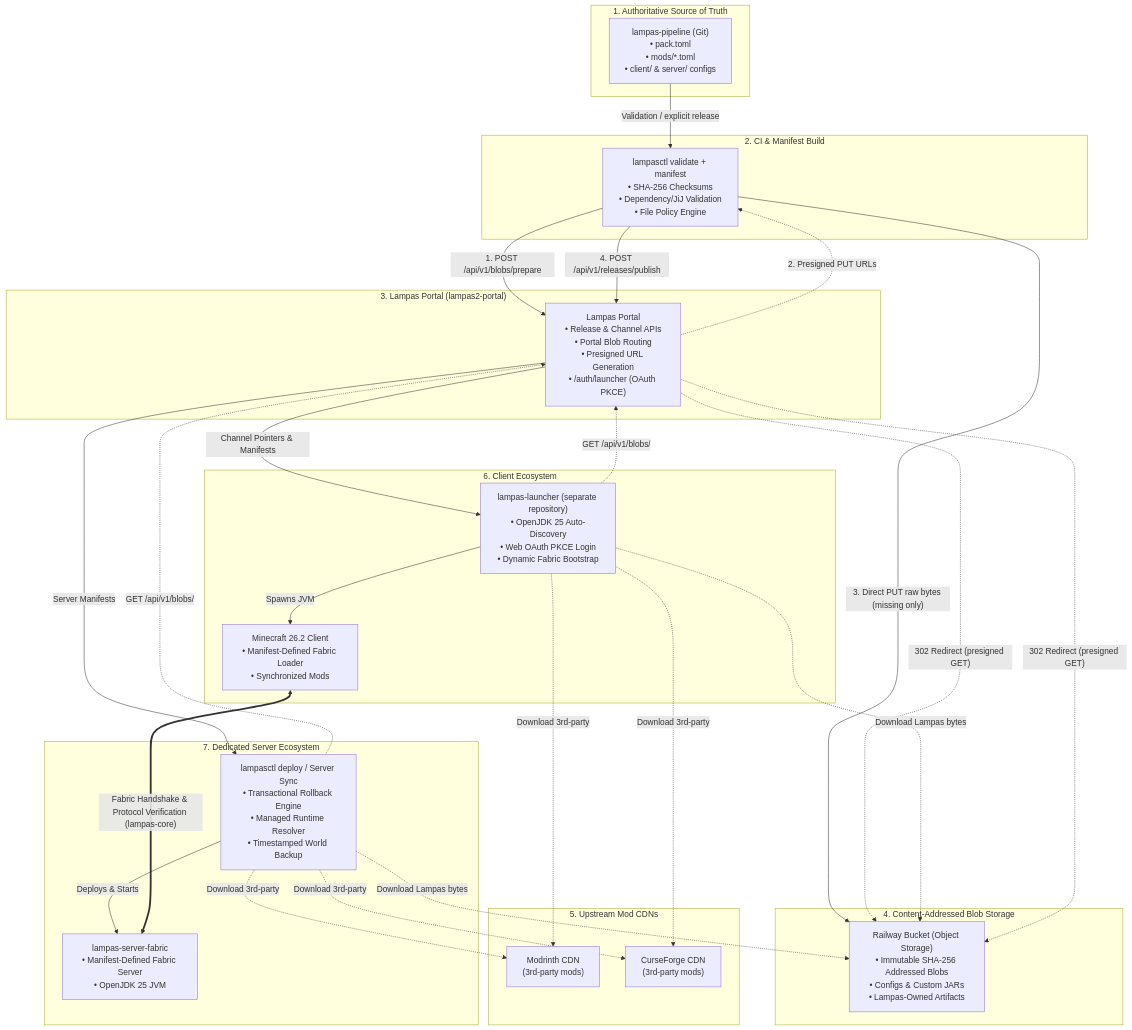
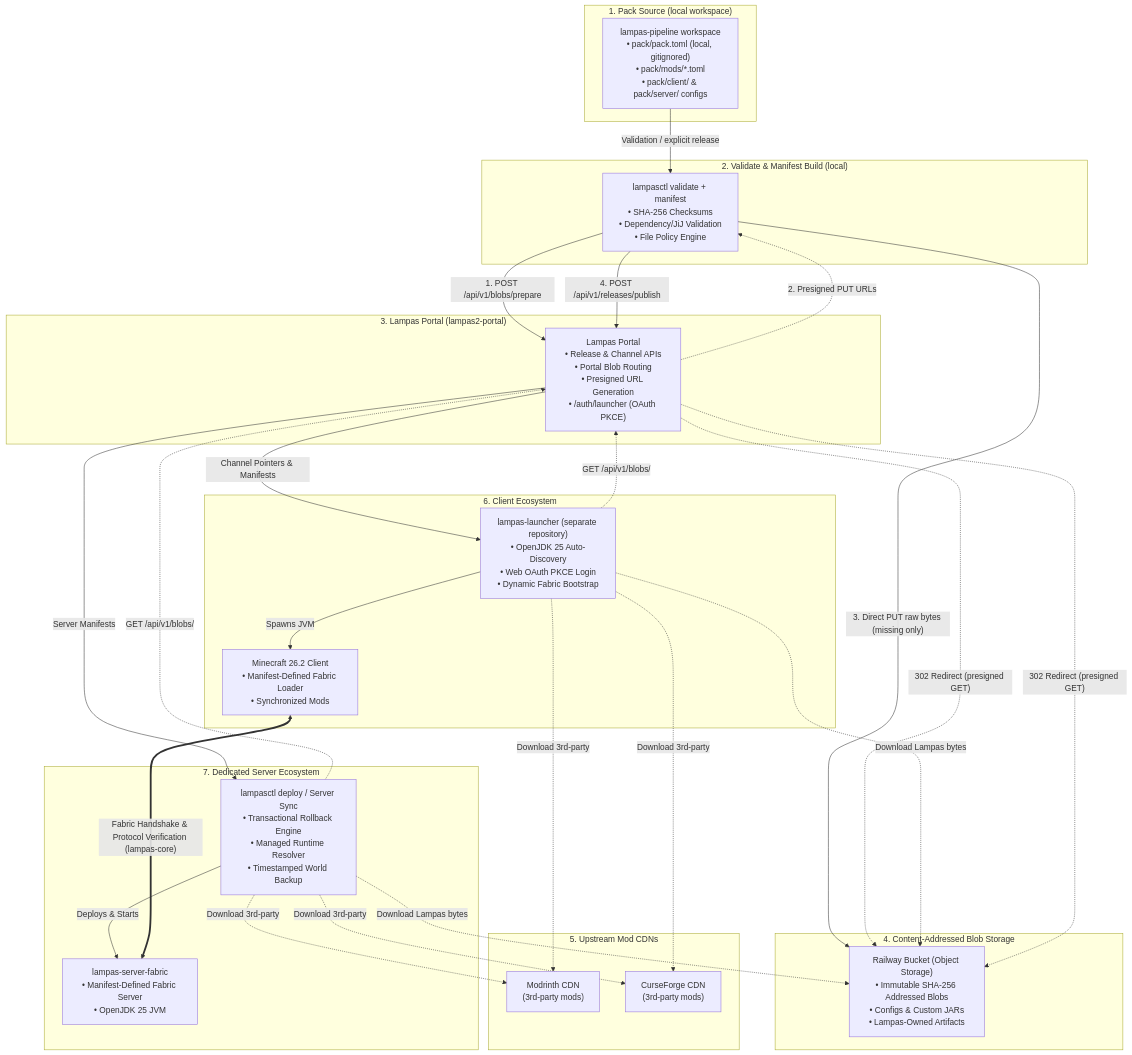
The first of 5 diagrams in README.md (justbecauseph/lampas-pipeline), drawn with Mermaid before and after one commit. The commit also changed other lines of this file, not shown here.

````diff
--- a/README.md
+++ b/README.md
@@ -17,59 +17,59 @@
 ```mermaid
 graph TD
-    subgraph Git ["1. Authoritative Source of Truth"]
-        Pipeline["lampas-pipeline (Git)<br/>• pack.toml<br/>• mods/*.toml<br/>• client/ & server/ configs"]
+    subgraph Git ["1. Pack Source (local workspace)"]
+        Pipeline["lampas-pipeline workspace<br/>• pack/pack.toml (local, gitignored)<br/>• pack/mods/*.toml<br/>• pack/client/ & pack/server/ configs"]
     end
 
-    subgraph CI ["2. CI & Manifest Build"]
+    subgraph CI ["2. Validate & Manifest Build (local)"]
         Lampasctl["lampasctl validate + manifest<br/>• SHA-256 Checksums<br/>• Dependency/JiJ Validation<br/>• File Policy Engine"]
     end
 
     subgraph PortalLayer ["3. Lampas Portal (lampas2-portal)"]
         PortalAPI["Lampas Portal<br/>• Release & Channel APIs<br/>• Portal Blob Routing<br/>• Presigned URL Generation<br/>• /auth/launcher (OAuth PKCE)"]
     end
 
     subgraph Storage ["4. Content-Addressed Blob Storage"]
         RailwayBucket["Railway Bucket (Object Storage)<br/>• Immutable SHA-256 Addressed Blobs<br/>• Configs & Custom JARs<br/>• Lampas-Owned Artifacts"]
     end
 
     subgraph CDNs ["5. Upstream Mod CDNs"]
         Modrinth["Modrinth CDN<br/>(3rd-party mods)"]
         CurseForge["CurseForge CDN<br/>(3rd-party mods)"]
     end
 
     subgraph ClientLayer ["6. Client Ecosystem"]
         Launcher["lampas-launcher (separate repository)<br/>• OpenJDK 25 Auto-Discovery<br/>• Web OAuth PKCE Login<br/>• Dynamic Fabric Bootstrap"]
         ClientMC["Minecraft 26.2 Client<br/>• Manifest-Defined Fabric Loader<br/>• Synchronized Mods"]
     end
 
     subgraph ServerLayer ["7. Dedicated Server Ecosystem"]
         ServerScript["lampasctl deploy / Server Sync<br/>• Transactional Rollback Engine<br/>• Managed Runtime Resolver<br/>• Timestamped World Backup"]
         ServerMC["lampas-server-fabric<br/>• Manifest-Defined Fabric Server<br/>• OpenJDK 25 JVM"]
     end
 
     Pipeline -->|Validation / explicit release| Lampasctl
     Lampasctl -->|"1. POST /api/v1/blobs/prepare"| PortalAPI
     PortalAPI -.->|"2. Presigned PUT URLs"| Lampasctl
     Lampasctl -->|"3. Direct PUT raw bytes (missing only)"| RailwayBucket
     Lampasctl -->|"4. POST /api/v1/releases/publish"| PortalAPI
 
     PortalAPI -->|Channel Pointers & Manifests| Launcher
     PortalAPI -->|Server Manifests| ServerScript
 
     Launcher -.->|Download 3rd-party| Modrinth
     Launcher -.->|Download 3rd-party| CurseForge
     Launcher -.->|"GET /api/v1/blobs/<sha256>"| PortalAPI
     PortalAPI -.->|"302 Redirect (presigned GET)"| RailwayBucket
     Launcher -.->|Download Lampas bytes| RailwayBucket
 
     ServerScript -.->|Download 3rd-party| Modrinth
     ServerScript -.->|Download 3rd-party| CurseForge
     ServerScript -.->|"GET /api/v1/blobs/<sha256>"| PortalAPI
     PortalAPI -.->|"302 Redirect (presigned GET)"| RailwayBucket
     ServerScript -.->|Download Lampas bytes| RailwayBucket
 
     Launcher -->|Spawns JVM| ClientMC
     ServerScript -->|Deploys & Starts| ServerMC
 
     ClientMC <===>|"Fabric Handshake & Protocol Verification (lampas-core)"| ServerMC
 ```
````
